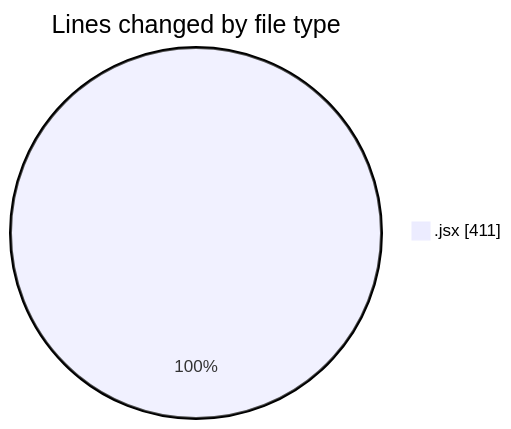
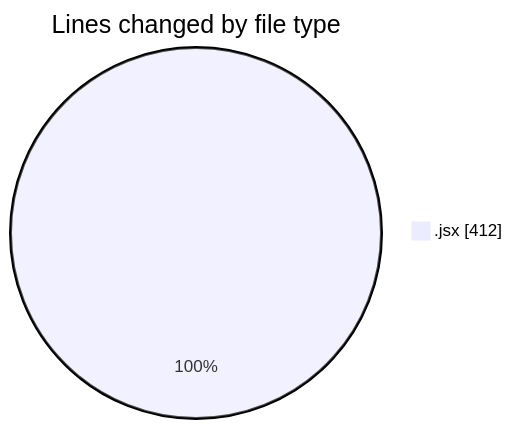
One commit to nxtqubesakshisongat/code-tracking changed the first of 2 diagrams in 2025-05-09/argos-dev/README.md. Above: the diagram before and after it, drawn with Mermaid. The commit also changed other lines of this file and 1 other file, not shown here.

````diff
--- a/2025-05-09/argos-dev/README.md
+++ b/2025-05-09/argos-dev/README.md
@@ -20,5 +20,5 @@
 ```mermaid
 pie showData
 title Lines changed by file type
-".jsx" : 411
+".jsx" : 412
 ```
````
